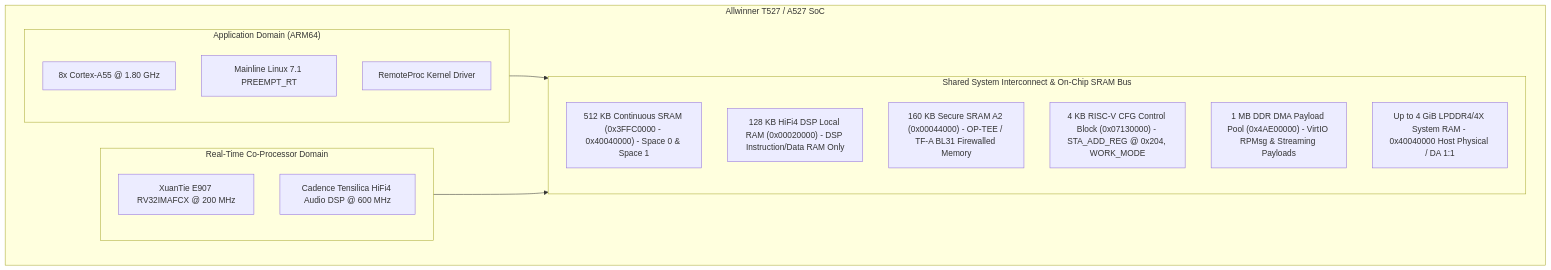
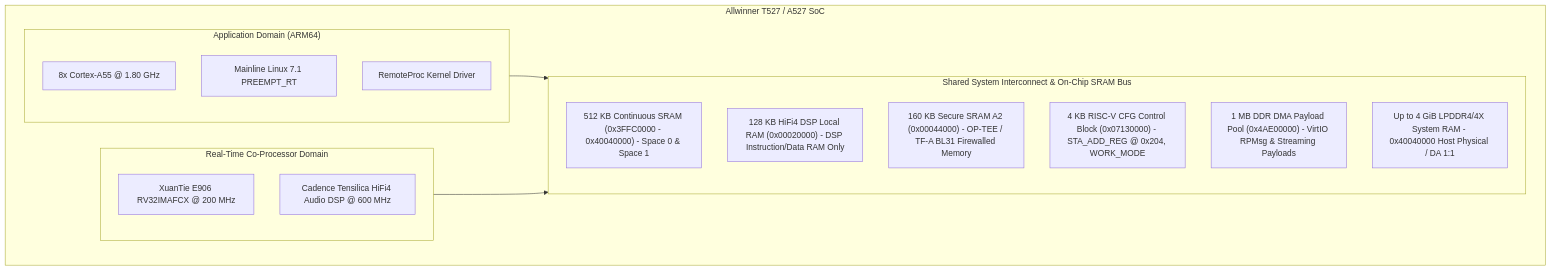
Before and after one commit to tcmichals/cubie-a5e: the first of 4 diagrams in docs/buildroot/HowToRISCV.md, drawn with Mermaid. The commit also changed other lines of this file and 216 other files, not shown here.

````diff
--- a/docs/buildroot/HowToRISCV.md
+++ b/docs/buildroot/HowToRISCV.md
@@ -14,27 +14,27 @@
 ```mermaid
 flowchart TB
     subgraph SoC["Allwinner T527 / A527 SoC"]
         subgraph AppDomain["Application Domain (ARM64)"]
             A1["8x Cortex-A55 @ 1.80 GHz"]
             A2["Mainline Linux 7.1 PREEMPT_RT"]
             A3["RemoteProc Kernel Driver"]
         end
 
         subgraph RprocDomain["Real-Time Co-Processor Domain"]
-            R1["XuanTie E907 RV32IMAFCX @ 200 MHz"]
+            R1["XuanTie E906 RV32IMAFCX @ 200 MHz"]
             R2["Cadence Tensilica HiFi4 Audio DSP @ 600 MHz"]
         end
 
         subgraph Interconnect["Shared System Interconnect & On-Chip SRAM Bus"]
             M1["512 KB Continuous SRAM (0x3FFC0000 - 0x40040000) - Space 0 & Space 1"]
             M2["128 KB HiFi4 DSP Local RAM (0x00020000) - DSP Instruction/Data RAM Only"]
             M3["160 KB Secure SRAM A2 (0x00044000) - OP-TEE / TF-A BL31 Firewalled Memory"]
             M4["4 KB RISC-V CFG Control Block (0x07130000) - STA_ADD_REG @ 0x204, WORK_MODE"]
             M5["1 MB DDR DMA Payload Pool (0x4AE00000) - VirtIO RPMsg & Streaming Payloads"]
             M6["Up to 4 GiB LPDDR4/4X System RAM - 0x40040000 Host Physical / DA 1:1"]
         end
 
         AppDomain --> Interconnect
         RprocDomain --> Interconnect
     end
 ```
````
